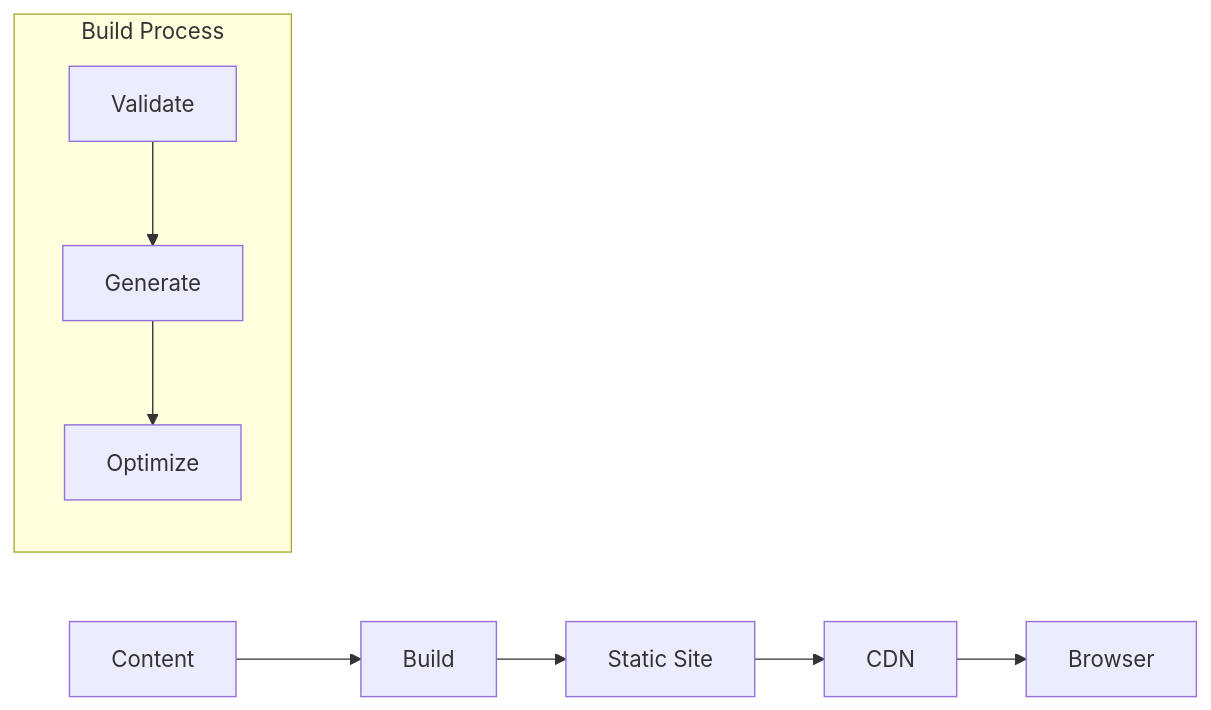
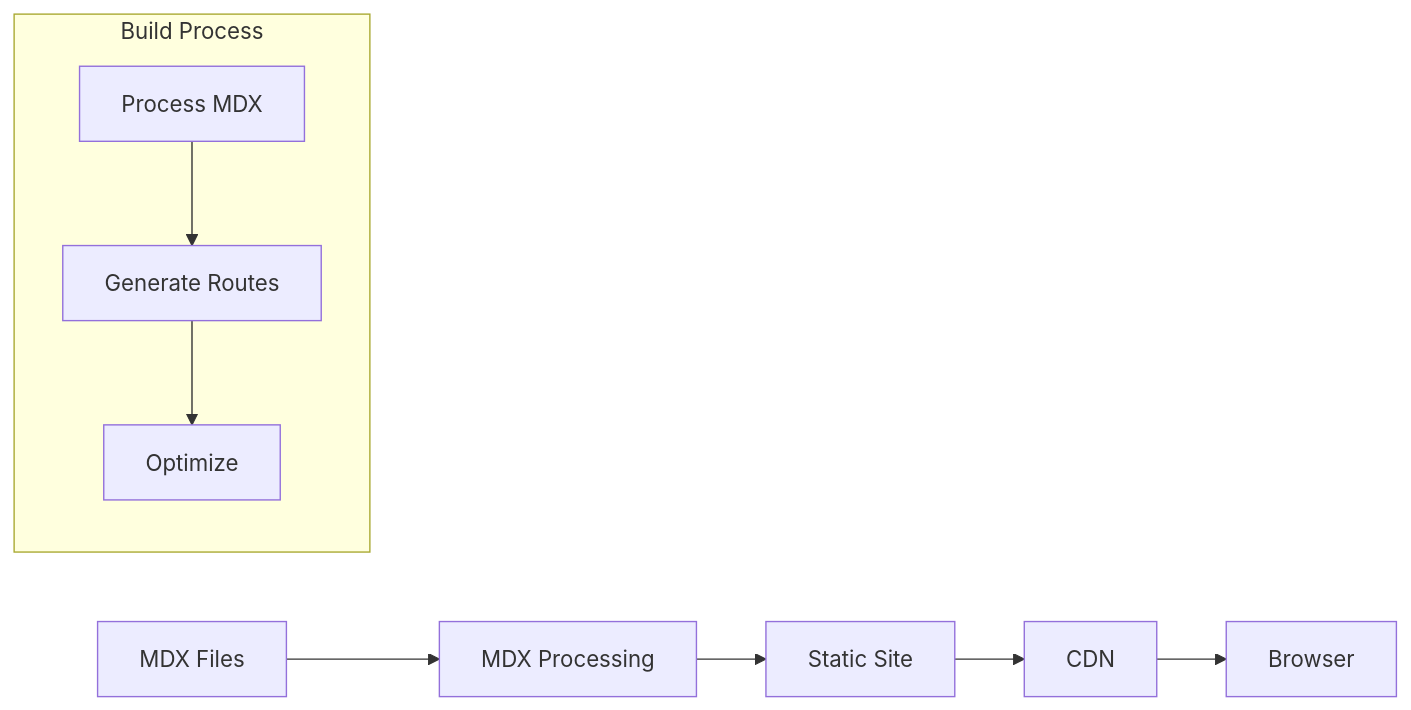
The fifth of 5 diagrams in docs/technical-architecture.md (ddri/openqase), drawn with Mermaid before and after one commit. The commit also changed other lines of this file and 11 other files, not shown here.

````diff
--- a/docs/technical-architecture.md
+++ b/docs/technical-architecture.md
@@ -155,12 +184,12 @@
 ```mermaid
 graph LR
-    A[Content] --> B[Build]
+    A[MDX Files] --> B[MDX Processing]
     B --> C[Static Site]
     C --> D[CDN]
     D --> E[Browser]
     
     subgraph "Build Process"
-    F[Validate] --> G[Generate]
+    F[Process MDX] --> G[Generate Routes]
     G --> H[Optimize]
     end
 ```
````
